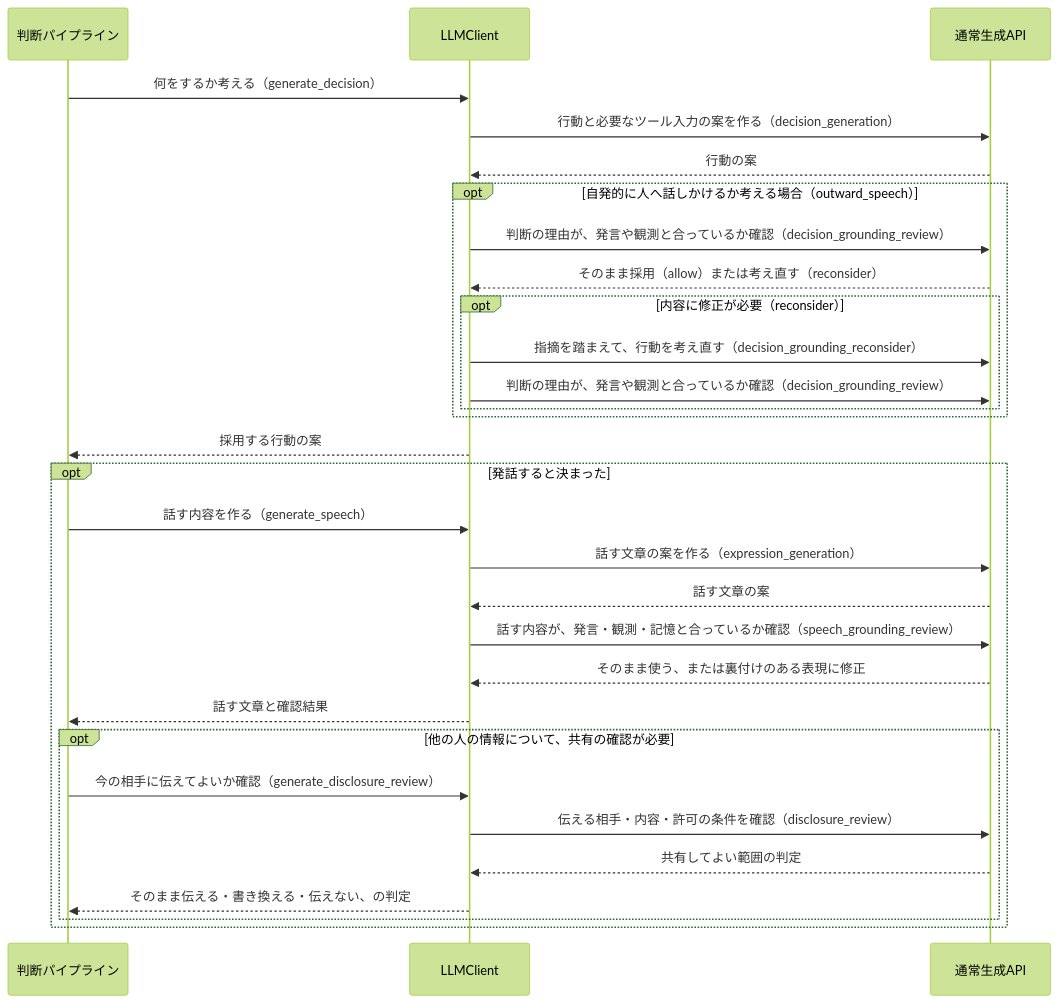
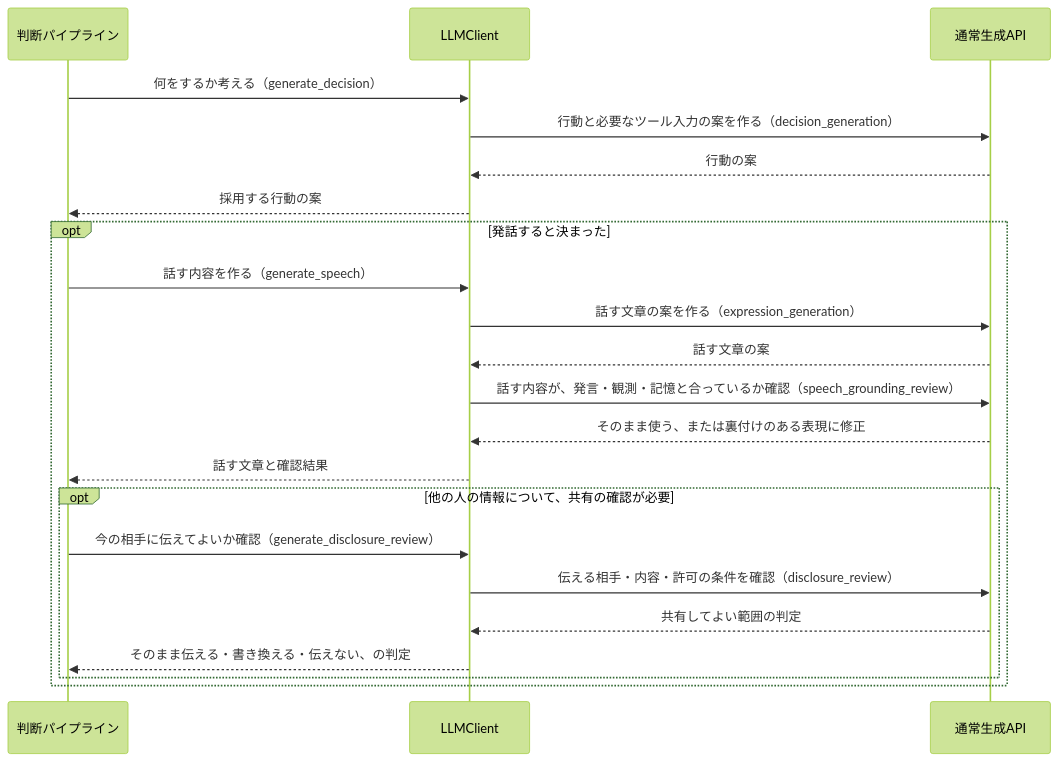
Before and after one commit to hirona98/OtomeKairo: the second of 7 diagrams in docs/design/llm/LLM呼び出しシーケンス.md, drawn with Mermaid (forest theme). The commit also changed other lines of this file and 6 other files, not shown here.

````diff
--- a/docs/design/llm/LLM呼び出しシーケンス.md
+++ b/docs/design/llm/LLM呼び出しシーケンス.md
@@ -139,33 +140,25 @@
 ```mermaid
 sequenceDiagram
     participant C as 判断パイプライン
     participant L as LLMClient
     participant G as 通常生成API
 
     C->>L: 何をするか考える（generate_decision）
     L->>G: 行動と必要なツール入力の案を作る（decision_generation）
     G-->>L: 行動の案
-    opt 自発的に人へ話しかけるか考える場合（outward_speech）
-        L->>G: 判断の理由が、発言や観測と合っているか確認（decision_grounding_review）
-        G-->>L: そのまま採用（allow）または考え直す（reconsider）
-        opt 内容に修正が必要（reconsider）
-            L->>G: 指摘を踏まえて、行動を考え直す（decision_grounding_reconsider）
-            L->>G: 判断の理由が、発言や観測と合っているか確認（decision_grounding_review）
-        end
-    end
     L-->>C: 採用する行動の案
     opt 発話すると決まった
         C->>L: 話す内容を作る（generate_speech）
         L->>G: 話す文章の案を作る（expression_generation）
         G-->>L: 話す文章の案
         L->>G: 話す内容が、発言・観測・記憶と合っているか確認（speech_grounding_review）
         G-->>L: そのまま使う、または裏付けのある表現に修正
         L-->>C: 話す文章と確認結果
         opt 他の人の情報について、共有の確認が必要
             C->>L: 今の相手に伝えてよいか確認（generate_disclosure_review）
             L->>G: 伝える相手・内容・許可の条件を確認（disclosure_review）
             G-->>L: 共有してよい範囲の判定
             L-->>C: そのまま伝える・書き換える・伝えない、の判定
         end
     end
 ```
````
